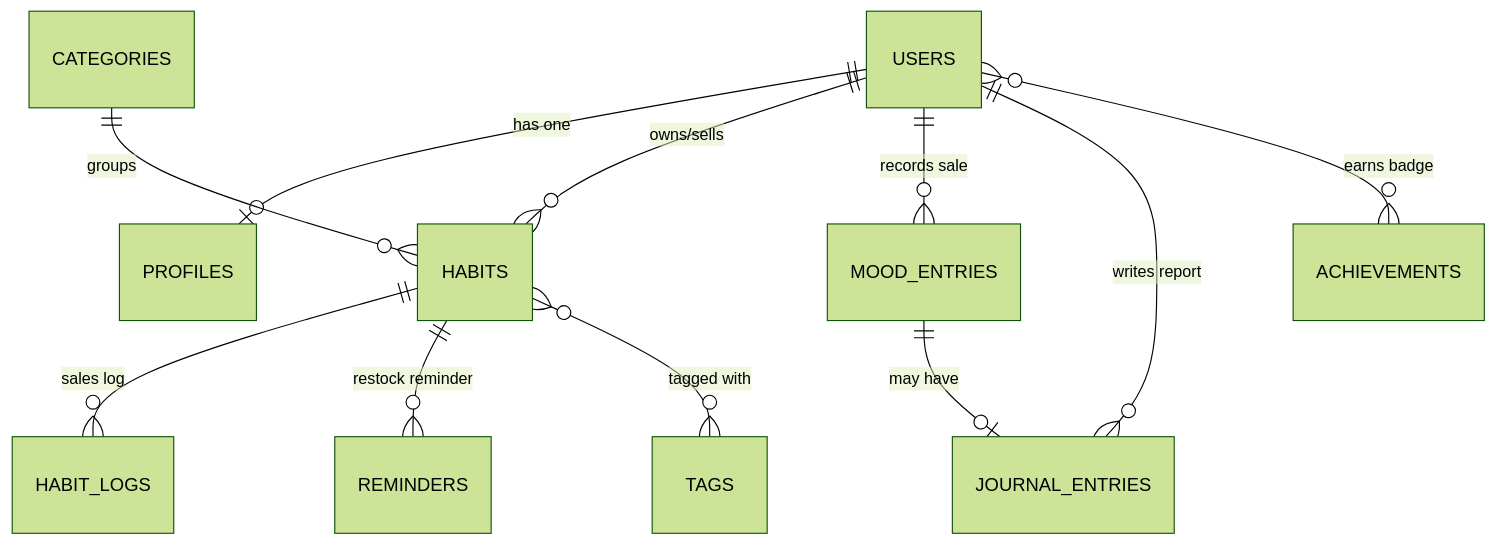
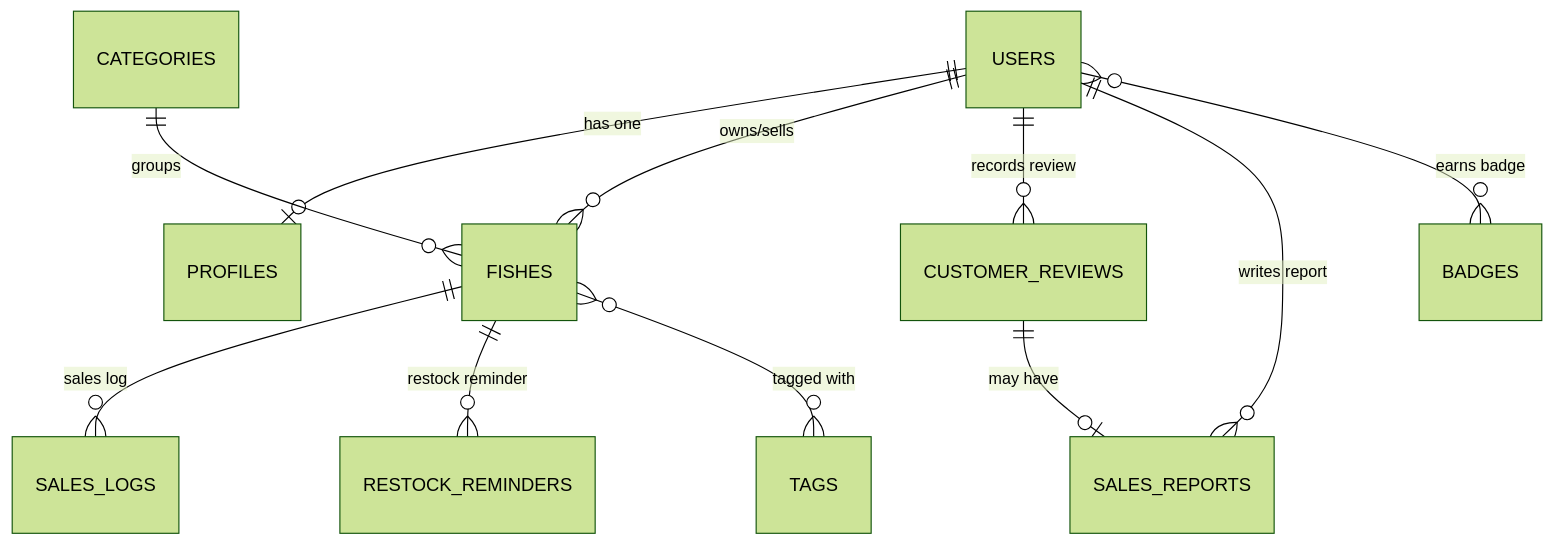
One commit to riezkyk/laravel5d changed the diagram in README.md. Above: the diagram before and after it, drawn with Mermaid (forest theme). The commit also changed other lines of this file and 2 other files, not shown here.

Commit message:
docs: finalize FishMarket Penjualan Ikan terminology in ERD and config

````diff
--- a/README.md
+++ b/README.md
@@ -22,13 +22,13 @@
 ```mermaid
 erDiagram
     USERS ||--o| PROFILES : "has one"
-    USERS ||--o{ HABITS : "owns/sells"
-    USERS ||--o{ MOOD_ENTRIES : "records sale"
-    USERS ||--o{ JOURNAL_ENTRIES : "writes report"
-    USERS }o--o{ ACHIEVEMENTS : "earns badge"
-    CATEGORIES ||--o{ HABITS : "groups"
-    HABITS ||--o{ HABIT_LOGS : "sales log"
-    HABITS ||--o{ REMINDERS : "restock reminder"
-    HABITS }o--o{ TAGS : "tagged with"
-    MOOD_ENTRIES ||--o| JOURNAL_ENTRIES : "may have"
+    USERS ||--o{ FISHES : "owns/sells"
+    USERS ||--o{ CUSTOMER_REVIEWS : "records review"
+    USERS ||--o{ SALES_REPORTS : "writes report"
+    USERS }o--o{ BADGES : "earns badge"
+    CATEGORIES ||--o{ FISHES : "groups"
+    FISHES ||--o{ SALES_LOGS : "sales log"
+    FISHES ||--o{ RESTOCK_REMINDERS : "restock reminder"
+    FISHES }o--o{ TAGS : "tagged with"
+    CUSTOMER_REVIEWS ||--o| SALES_REPORTS : "may have"
 ```
````
